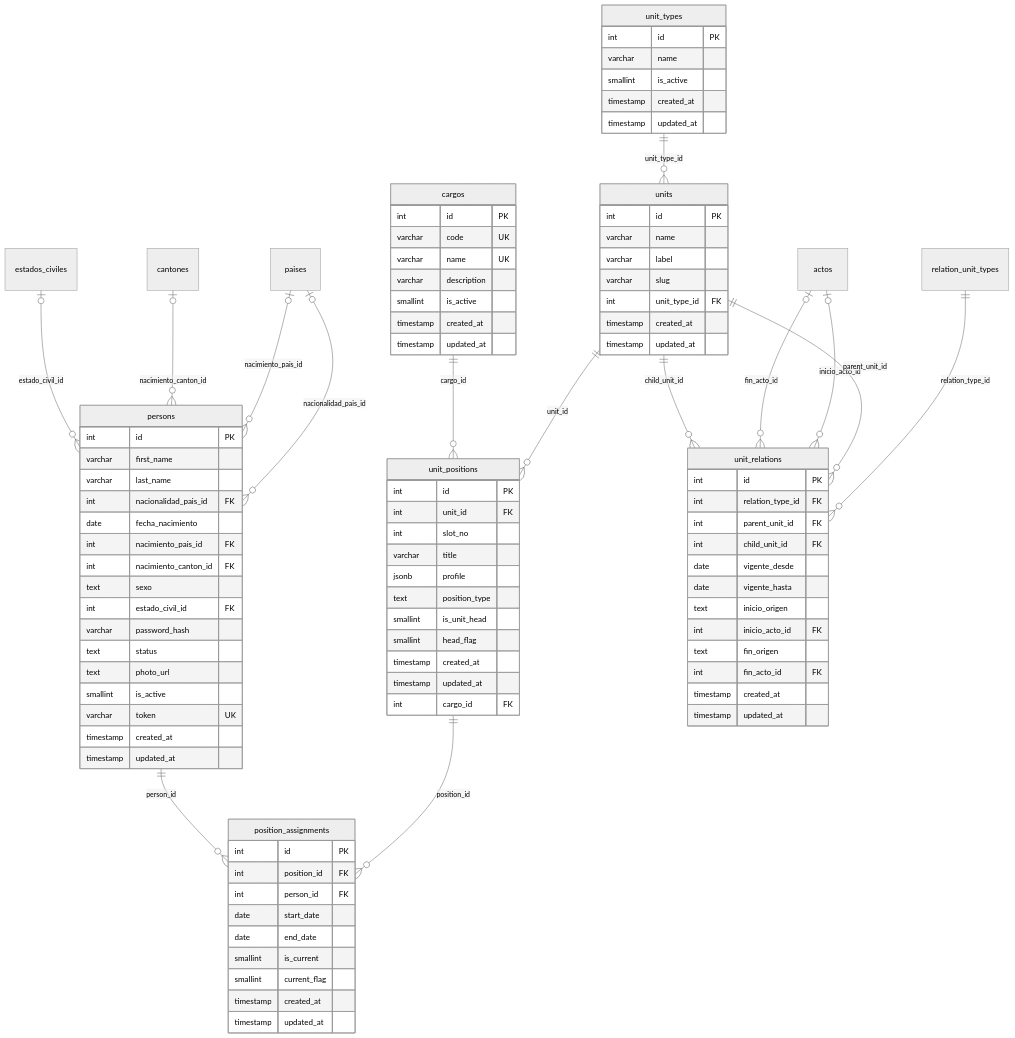
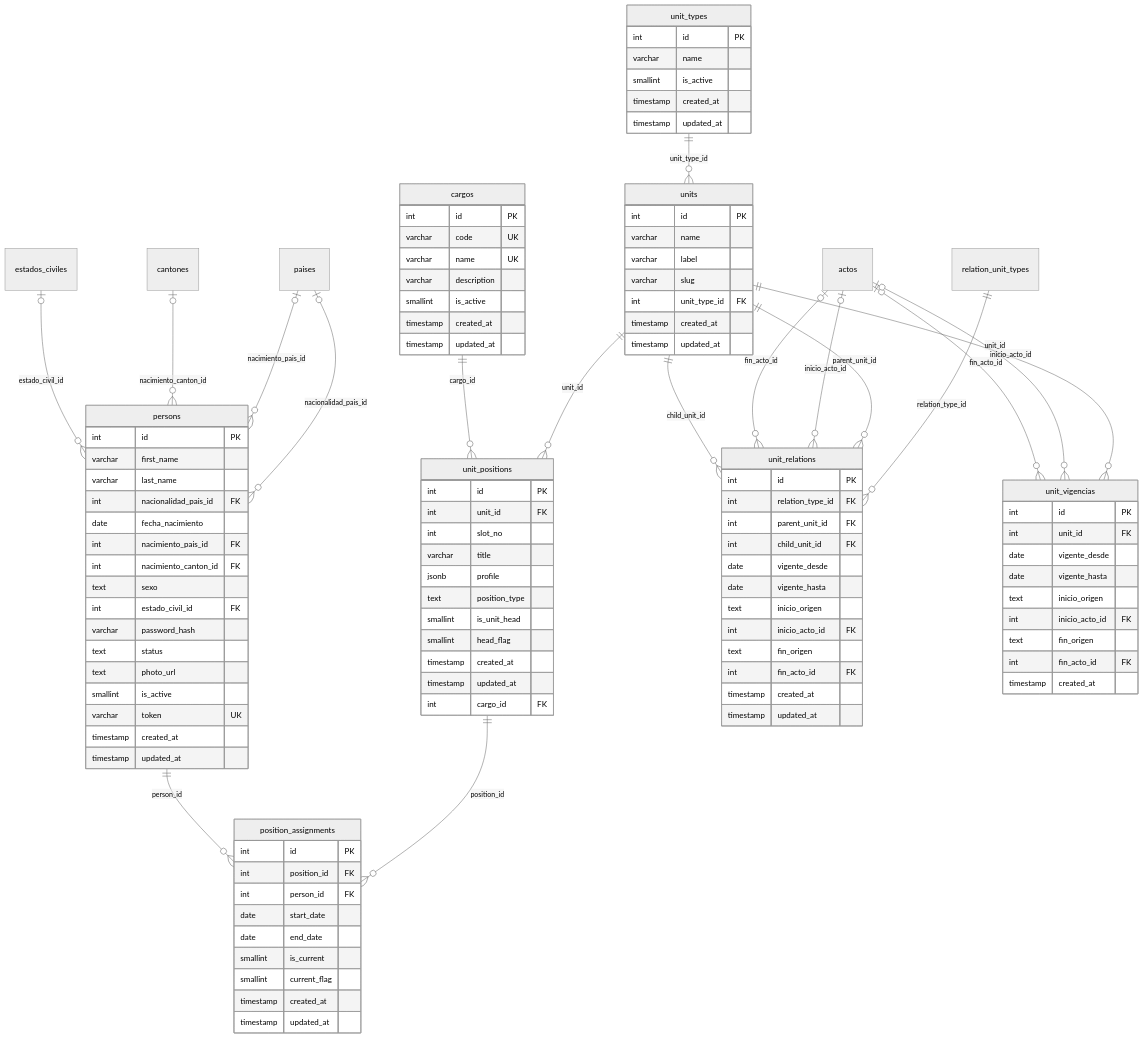
One commit to fresvel/deasy changed the first of 10 diagrams in docs/src/content/docs/modelo/mapa-con-campos.md. Above: the diagram before and after it, drawn with Mermaid (neutral theme). The commit also changed other lines of this file and 27 other files, not shown here.

First line of the commit message:
feat(estructura): a un acto externo se le adjunta su PDF, y el organigrama dice qué actos siguen sin documento

````diff
--- a/docs/src/content/docs/modelo/mapa-con-campos.md
+++ b/docs/src/content/docs/modelo/mapa-con-campos.md
@@ -120,6 +120,17 @@
     timestamp created_at
     timestamp updated_at
   }
+  unit_vigencias {
+    int id PK
+    int unit_id FK
+    date vigente_desde
+    date vigente_hasta
+    text inicio_origen
+    int inicio_acto_id FK
+    text fin_origen
+    int fin_acto_id FK
+    timestamp created_at
+  }
   estados_civiles |o--o{ persons : "estado_civil_id"
   cantones |o--o{ persons : "nacimiento_canton_id"
   paises |o--o{ persons : "nacimiento_pais_id"
@@ -133,5 +144,8 @@
   actos |o--o{ unit_relations : "inicio_acto_id"
   units ||--o{ unit_relations : "parent_unit_id"
   relation_unit_types ||--o{ unit_relations : "relation_type_id"
+  actos |o--o{ unit_vigencias : "fin_acto_id"
+  actos |o--o{ unit_vigencias : "inicio_acto_id"
+  units ||--o{ unit_vigencias : "unit_id"
   unit_types ||--o{ units : "unit_type_id"
 ```
````
